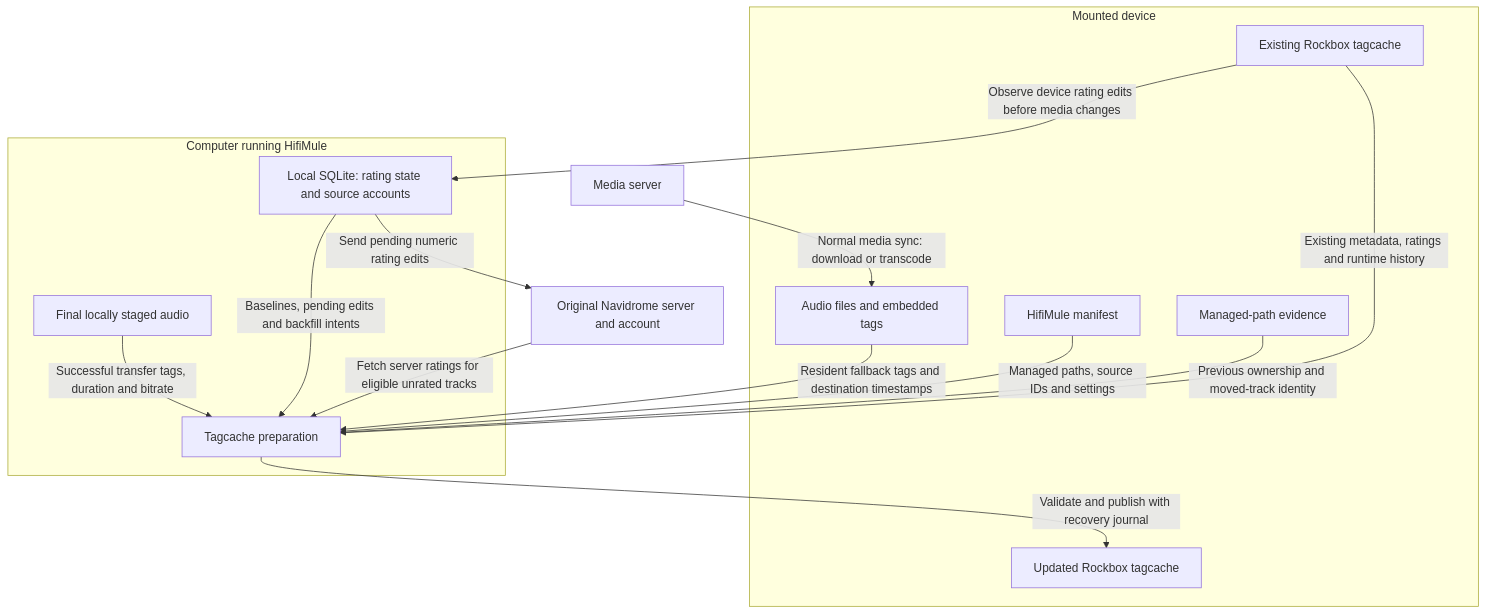
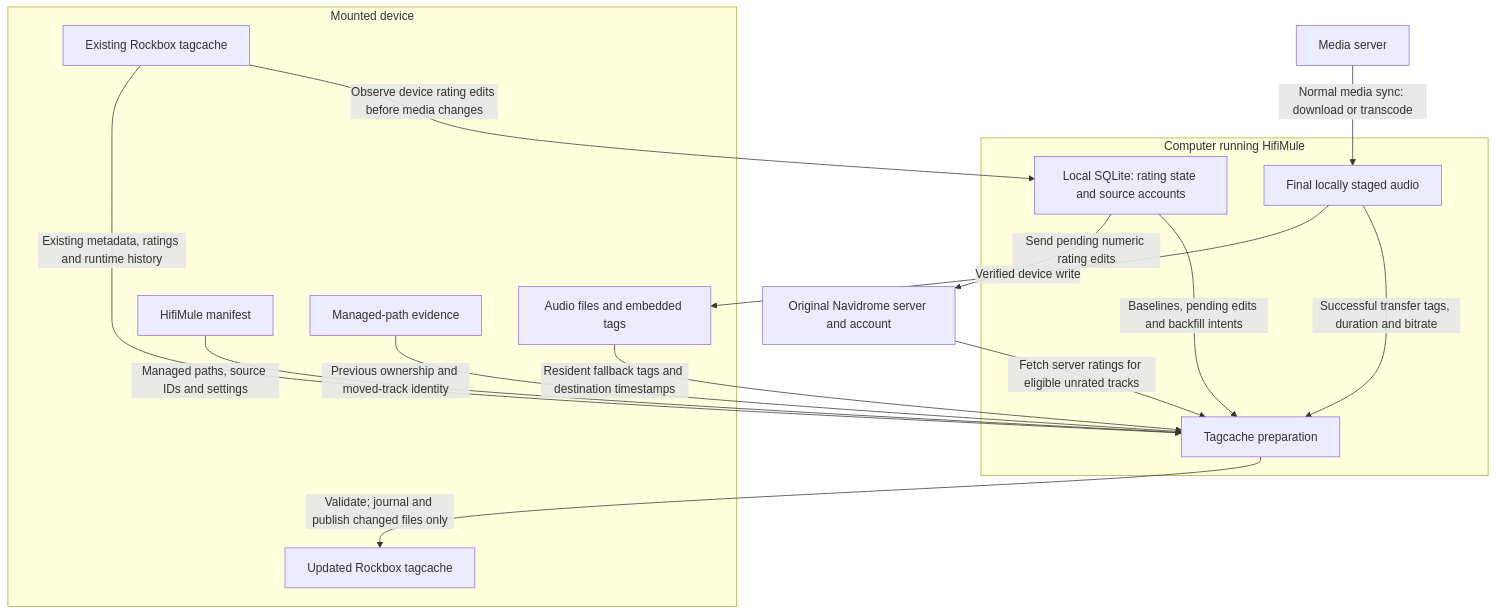
Before and after one commit to HifiMule/HifiMule: the first of 2 diagrams in docs/rockbox-tagcache-data-flow.md, drawn with Mermaid. The commit also changed other lines of this file and 2 other files, not shown here.

Commit message:
Update documentations with latest rockbox tagcache sync.

````diff
--- a/docs/rockbox-tagcache-data-flow.md
+++ b/docs/rockbox-tagcache-data-flow.md
@@ -16,26 +16,27 @@
 ```mermaid
 flowchart TD
-    S[Media server] -->|Normal media sync: download or transcode| A
+    S[Media server] -->|Normal media sync: download or transcode| P
     subgraph Device[Mounted device]
         A[Audio files and embedded tags]
         M[HifiMule manifest]
         O[Managed-path evidence]
         T[Existing Rockbox tagcache]
         N[Updated Rockbox tagcache]
     end
     subgraph Computer[Computer running HifiMule]
         B[Tagcache preparation]
         P[Final locally staged audio]
         L[Local SQLite: rating state and source accounts]
     end
+    P -->|Verified device write| A
     P -->|Successful transfer tags, duration and bitrate| B
     A -->|Resident fallback tags and destination timestamps| B
     M -->|Managed paths, source IDs and settings| B
     O -->|Previous ownership and moved-track identity| B
     T -->|Existing metadata, ratings and runtime history| B
     T -->|Observe device rating edits before media changes| L
     L -->|Send pending numeric rating edits| V[Original Navidrome server and account]
     V -->|Fetch server ratings for eligible unrated tracks| B
     L -->|Baselines, pending edits and backfill intents| B
-    B -->|Validate and publish with recovery journal| N
+    B -->|Validate; journal and publish changed files only| N
 ```
````
